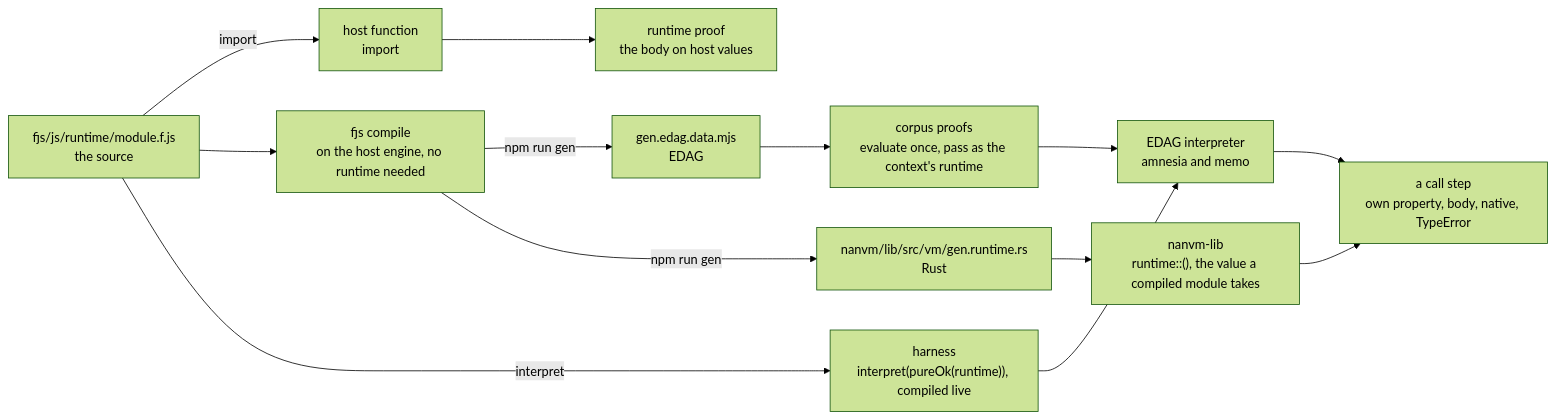
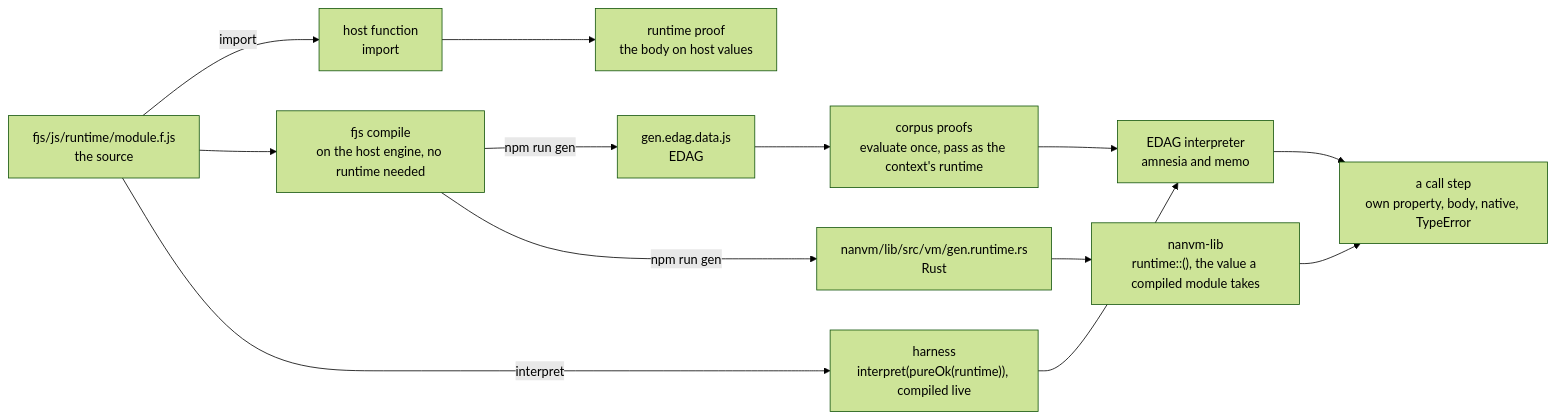
Before and after one commit to functionalscript/functionalscript: the first of 2 diagrams in fjs/js/runtime/README.md, drawn with Mermaid (forest theme). The commit also changed other lines of this file and 8 other files, not shown here.

First line of the commit message:
Generate the runtime EDAG as gen.edag.data.js

````diff
--- a/fjs/js/runtime/README.md
+++ b/fjs/js/runtime/README.md
@@ -136,21 +136,21 @@
 ```mermaid
 flowchart LR
     src["fjs/js/runtime/module.f.js<br/>the source"]
     compiler["fjs compile<br/>on the host engine, no runtime needed"]
     host["host function<br/>import"]
-    edag["gen.edag.data.mjs<br/>EDAG"]
+    edag["gen.edag.data.js<br/>EDAG"]
     rust["nanvm/lib/src/vm/gen.runtime.rs<br/>Rust"]
     proof["runtime proof<br/>the body on host values"]
     corpus["corpus proofs<br/>evaluate once, pass as the context's runtime"]
     harness["harness<br/>interpret(pureOk(runtime)), compiled live"]
     interpreter["EDAG interpreter<br/>amnesia and memo"]
     naive["nanvm-lib<br/>runtime::<A>(), the value a compiled module takes"]
     step["a call step<br/>own property, body, native, TypeError"]
     src -->|import| host --> proof
     src --> compiler
     compiler -->|npm run gen| edag --> corpus --> interpreter
     src -->|interpret| harness --> interpreter
     compiler -->|npm run gen| rust --> naive
     interpreter --> step
     naive --> step
 ```
````
